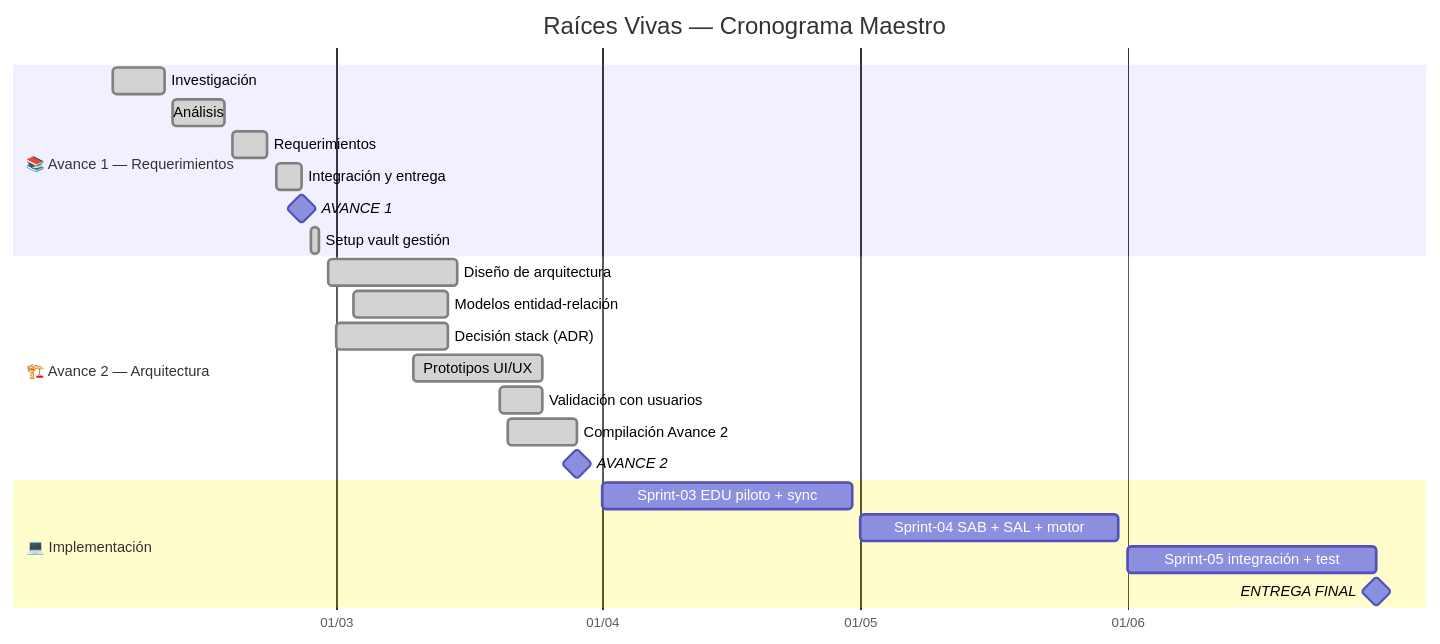
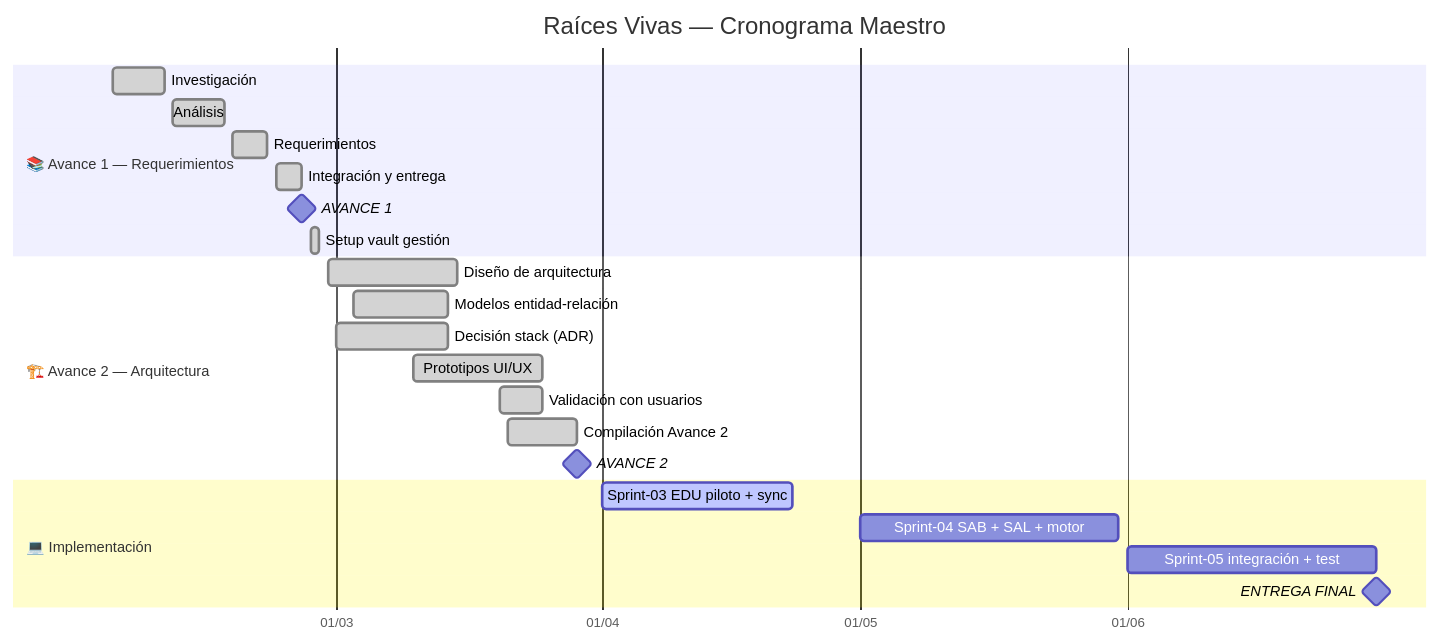
Before and after one commit to yonrasgg/RAICES_VIVAS: the first of 4 diagrams in 00-Dashboard/Roadmap.md, drawn with Mermaid. The commit also changed other lines of this file and 9 other files, not shown here.

````diff
--- a/00-Dashboard/Roadmap.md
+++ b/00-Dashboard/Roadmap.md
@@ -17,30 +17,30 @@
 ```mermaid
 gantt
     title Raíces Vivas — Cronograma Maestro
     dateFormat YYYY-MM-DD
     axisFormat %d/%m
     todayMarker stroke-width:3px,stroke:#f66,opacity:0.8
 
     section 📚 Avance 1 — Requerimientos
     Investigación           :done,   a1, 2026-02-03, 2026-02-09
     Análisis                :done,   a2, 2026-02-10, 2026-02-16
     Requerimientos          :done,   a3, 2026-02-17, 2026-02-21
     Integración y entrega   :done,   a4, 2026-02-22, 2026-02-25
     AVANCE 1                :milestone, m1, 2026-02-25, 0d
     Setup vault gestión     :done,   a5, 2026-02-26, 2026-02-27
 
     section 🏗️ Avance 2 — Arquitectura
     Diseño de arquitectura  :done,   b1, 2026-02-28, 2026-03-15
     Modelos entidad-relación:done,   b2, 2026-03-03, 2026-03-14
     Decisión stack (ADR)    :done,   b3, 2026-03-01, 2026-03-14
     Prototipos UI/UX        :done,   b4, 2026-03-10, 2026-03-25
     Validación con usuarios :done,   b5, 2026-03-20, 2026-03-25
     Compilación Avance 2    :done,   b6, 2026-03-21, 2026-03-29
     AVANCE 2                :milestone, m2, 2026-03-29, 0d
 
     section 💻 Implementación
-    Sprint-03 EDU piloto + sync  :        c1, 2026-04-01, 2026-04-30
+    Sprint-03 EDU piloto + sync  :active,  c1, 2026-04-01, 2026-04-23
     Sprint-04 SAB + SAL + motor  :        c2, 2026-05-01, 2026-05-31
     Sprint-05 integración + test :        c3, 2026-06-01, 2026-06-30
     ENTREGA FINAL           :milestone, m3, 2026-06-30, 0d
 ```
````
